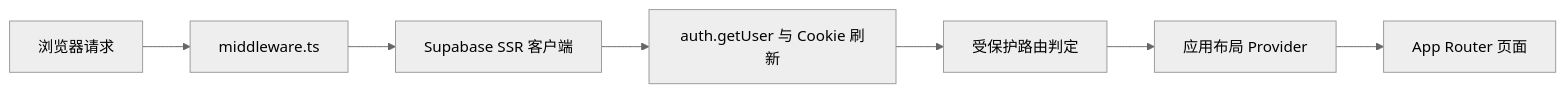
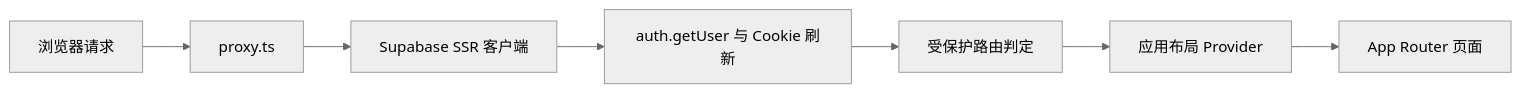
Before and after one commit to hainoir/club-platform: the first of 3 diagrams in docs/architecture.md, drawn with Mermaid (neutral theme). The commit also changed other lines of this file and 9 other files, not shown here.

````diff
--- a/docs/architecture.md
+++ b/docs/architecture.md
@@ -15,9 +15,9 @@
 ```mermaid
 flowchart LR
-    Browser["浏览器请求"] --> Middleware["middleware.ts"]
+    Browser["浏览器请求"] --> Middleware["proxy.ts"]
     Middleware --> SupabaseSSR["Supabase SSR 客户端"]
     SupabaseSSR --> Auth["auth.getUser 与 Cookie 刷新"]
     Auth --> Protected["受保护路由判定"]
     Protected --> Layout["应用布局 Provider"]
     Layout --> Page["App Router 页面"]
 ```
````
